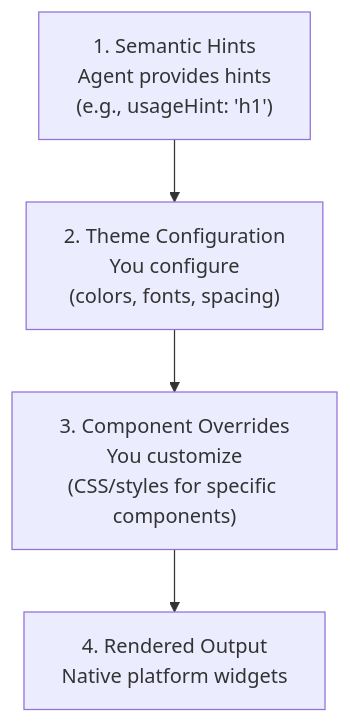
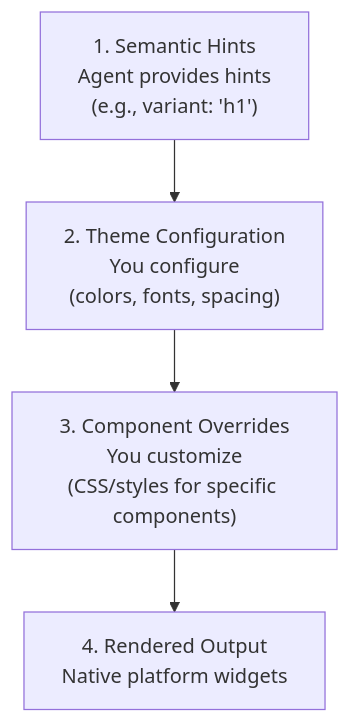
The diagram in docs/guides/theming.md (google/A2UI), drawn with Mermaid before and after one commit. The commit also changed other lines of this file and 24 other files, not shown here.

````diff
--- a/docs/guides/theming.md
+++ b/docs/guides/theming.md
@@ -23,9 +23,9 @@
 ```mermaid
 flowchart TD
-    A["1. Semantic Hints<br/>Agent provides hints<br/>(e.g., usageHint: 'h1')"]
+    A["1. Semantic Hints<br/>Agent provides hints<br/>(e.g., variant: 'h1')"]
     B["2. Theme Configuration<br/>You configure<br/>(colors, fonts, spacing)"]
     C["3. Component Overrides<br/>You customize<br/>(CSS/styles for specific components)"]
     D["4. Rendered Output<br/>Native platform widgets"]
 
     A --> B --> C --> D
 ```
````
